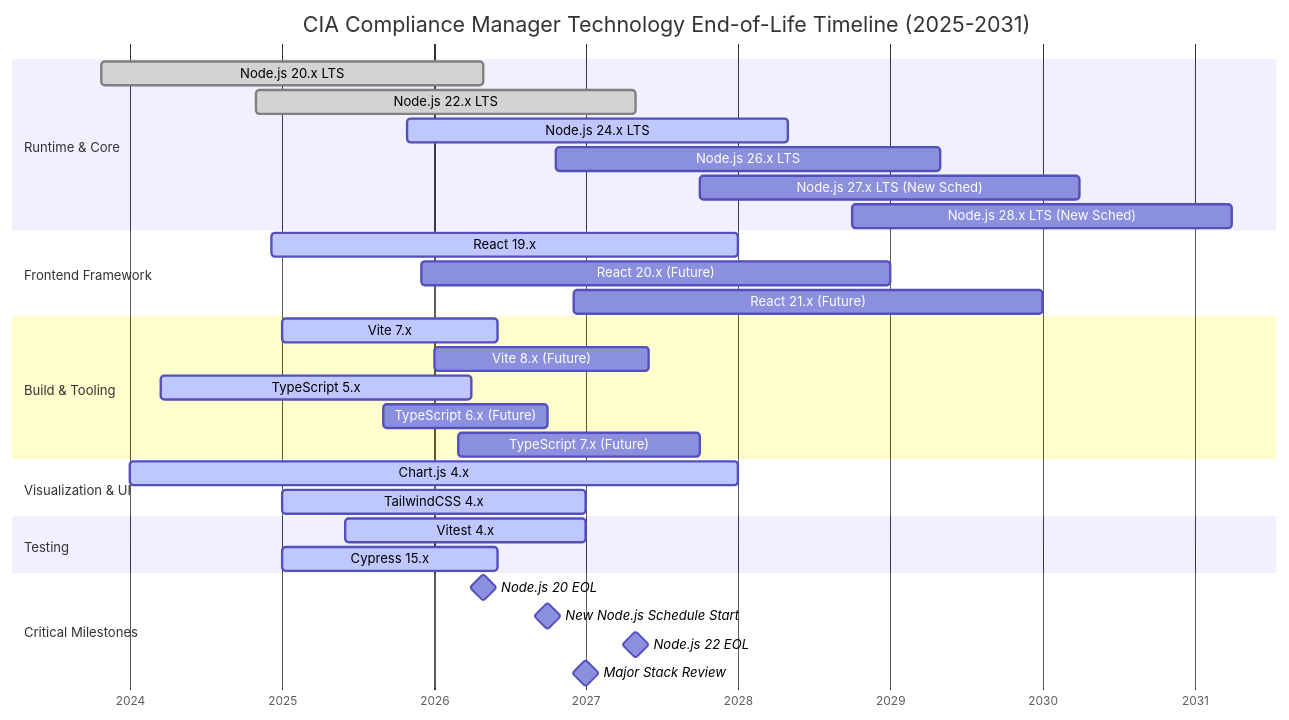
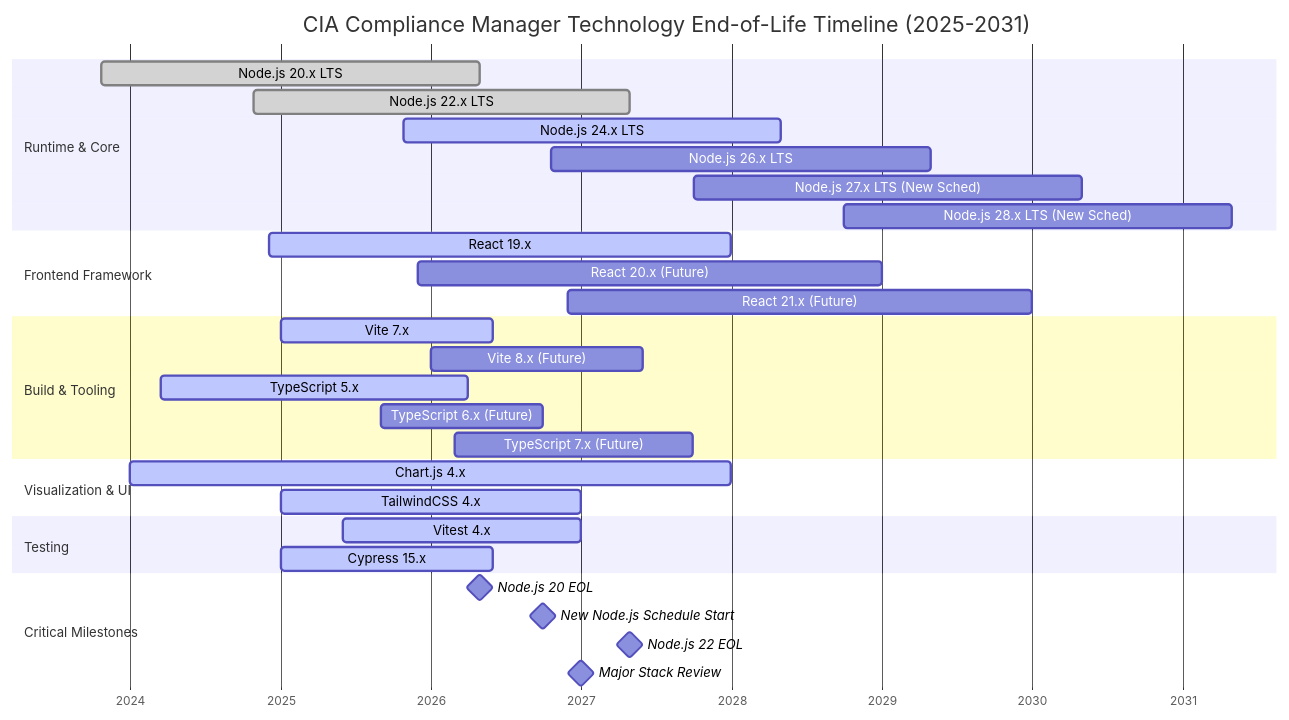
One commit to Hack23/cia-compliance-manager changed the fourth of 9 diagrams in docs/End-of-Life-Strategy.md. Above: the diagram before and after it, drawn with Mermaid. The commit also changed other lines of this file, not shown here.

Commit message:
fix: align Node.js LTS end dates to consistent month-end format in Gantt charts

````diff
--- a/docs/End-of-Life-Strategy.md
+++ b/docs/End-of-Life-Strategy.md
@@ -299,40 +299,40 @@
 ```mermaid
 gantt
     title CIA Compliance Manager Technology End-of-Life Timeline (2025-2031)
     dateFormat YYYY-MM-DD
     axisFormat %Y
 
     section Runtime & Core
     Node.js 20.x LTS          :done, node20, 2023-10-24, 2026-04-30
     Node.js 22.x LTS          :done, node22, 2024-10-29, 2027-04-30
     Node.js 24.x LTS          :active, node24, 2025-10-28, 2028-04-30
     Node.js 26.x LTS          :node26, 2026-10-20, 2029-04-30
-    Node.js 27.x LTS (New Sched) :node27, 2027-10-01, 2030-04-01
-    Node.js 28.x LTS (New Sched) :node28, 2028-10-01, 2031-04-01
+    Node.js 27.x LTS (New Sched) :node27, 2027-10-01, 2030-04-30
+    Node.js 28.x LTS (New Sched) :node28, 2028-10-01, 2031-04-30
 
     section Frontend Framework
     React 19.x                :active, react19, 2024-12-05, 2027-12-31
     React 20.x (Future)       :react20, 2025-12-01, 2028-12-31
     React 21.x (Future)       :react21, 2026-12-01, 2029-12-31
 
     section Build & Tooling
     Vite 7.x                  :active, vite7, 2025-01-01, 2026-06-01
     Vite 8.x (Future)         :vite8, 2026-01-01, 2027-06-01
     TypeScript 5.x            :active, ts5, 2024-03-16, 2026-03-31
     TypeScript 6.x (Future)   :ts6, 2025-09-01, 2026-09-30
     TypeScript 7.x (Future)   :ts7, 2026-03-01, 2027-09-30
 
     section Visualization & UI
     Chart.js 4.x              :active, chartjs4, 2024-01-01, 2027-12-31
     TailwindCSS 4.x           :active, tailwind4, 2025-01-01, 2027-01-01
 
     section Testing
     Vitest 4.x                :active, vitest4, 2025-06-01, 2026-12-31
     Cypress 15.x              :active, cypress15, 2025-01-01, 2026-06-01
 
     section Critical Milestones
     Node.js 20 EOL            :milestone, node20eol, 2026-04-30, 0d
     New Node.js Schedule Start :milestone, newschedstart, 2026-10-01, 0d
     Node.js 22 EOL            :milestone, node22eol, 2027-04-30, 0d
     Major Stack Review        :milestone, stackreview, 2027-01-01, 0d
 ```
````
